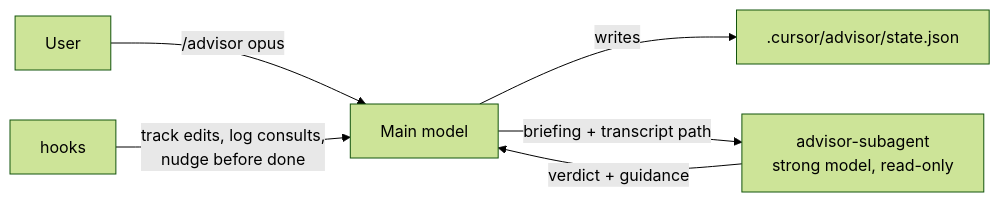
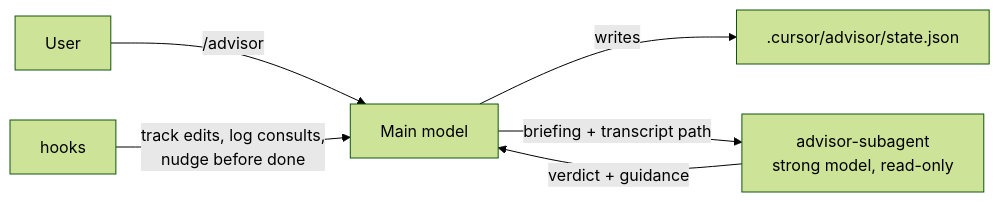
Before and after one commit to cursor/plugins: the diagram in advisor/README.md, drawn with Mermaid (forest theme). The commit also changed other lines of this file and 4 other files, not shown here.

````diff
--- a/advisor/README.md
+++ b/advisor/README.md
@@ -35,8 +35,8 @@
 ```mermaid
 flowchart LR
-  U[User] -->|/advisor opus| M[Main model]
+  U[User] -->|/advisor| M[Main model]
   M -->|writes| S[.cursor/advisor/state.json]
   M -->|briefing + transcript path| A[advisor-subagent<br/>strong model, read-only]
   A -->|verdict + guidance| M
   H[hooks] -->|track edits, log consults,<br/>nudge before done| M
 ```
````
